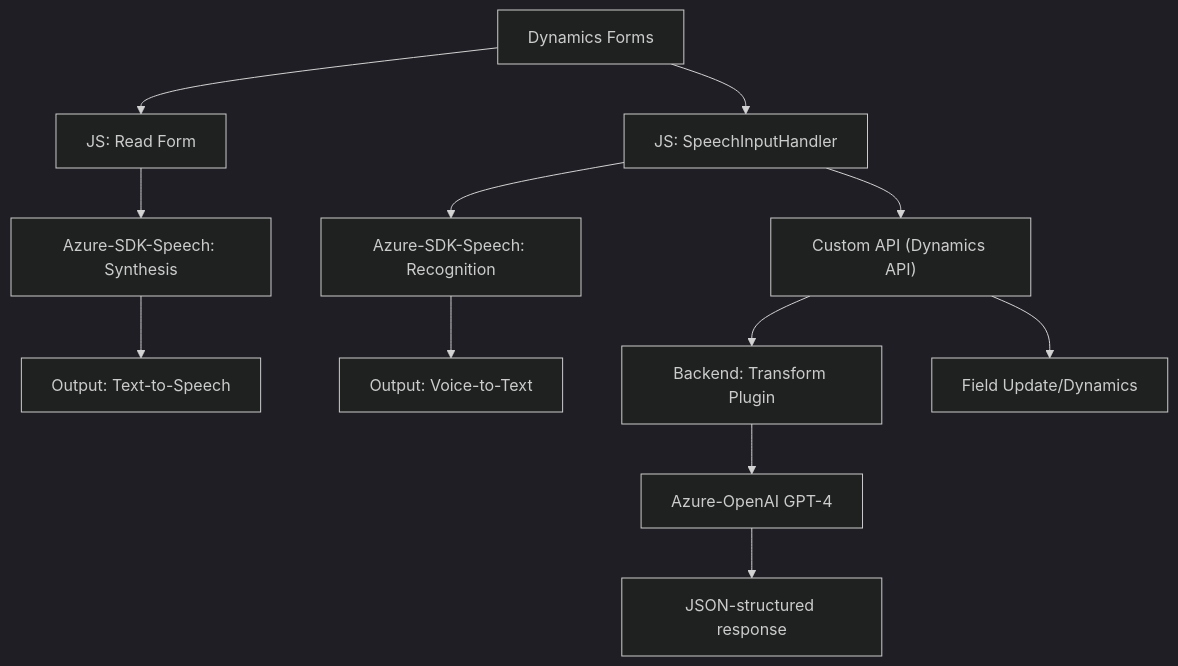
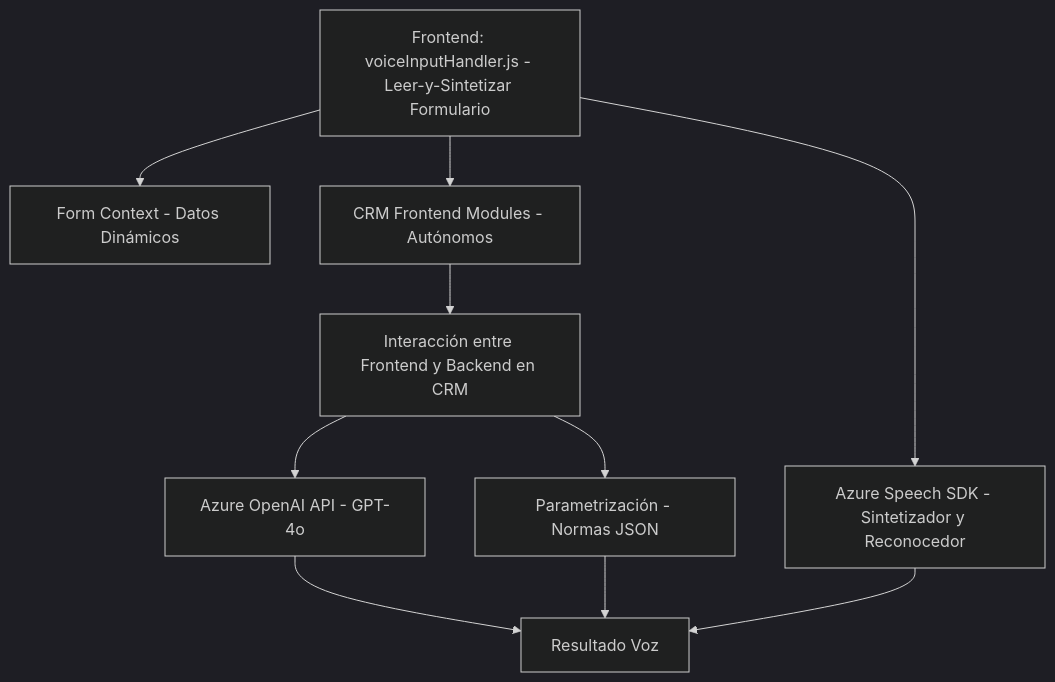
Before and after one commit to blopezdm/NETCORE_BILBAO2025: the diagram in README.md, drawn with Mermaid (dark theme). The commit also changed other lines of this file, not shown here.

````diff
--- a/README.md
+++ b/README.md
@@ -29,17 +47,12 @@
 ```mermaid
 graph TD
-    A["Dynamics Forms"] --> B["JS: Read Form"]
-    A --> C["JS: SpeechInputHandler"]
-
-    B --> D["Azure-SDK-Speech: Synthesis"]
-    C --> E["Azure-SDK-Speech: Recognition"]
-    C --> F["Custom API (Dynamics API)"]
-
-    F --> G["Backend: Transform Plugin"]
-    G --> H["Azure-OpenAI GPT-4"]
-
-    D --> I["Output: Text-to-Speech"]
-    E --> J["Output: Voice-to-Text"]
-    H --> K["JSON-structured response"]
-    F --> L["Field Update/Dynamics"]
+    A["Frontend: voiceInputHandler.js - Leer-y-Sintetizar Formulario"] --> B["Azure Speech SDK - Sintetizador y Reconocedor"]
+    A --> C["Form Context - Datos Dinámicos"]
+    A --> D["CRM Frontend Modules - Autónomos"]
+    E["Plugin: TransformTextWithAzureAI.cs - Dynamics Backend"] --> F["Azure OpenAI API - GPT-4o"]
+    E --> G["Parametrización - Normas JSON"]
+    F --> H["Respuesta GPT (JSON Formateado)"]
+    G --> H
+    D --> E["Interacción entre Frontend y Backend en CRM"]
+    B --> H["Resultado Voz"]
 ```
````
